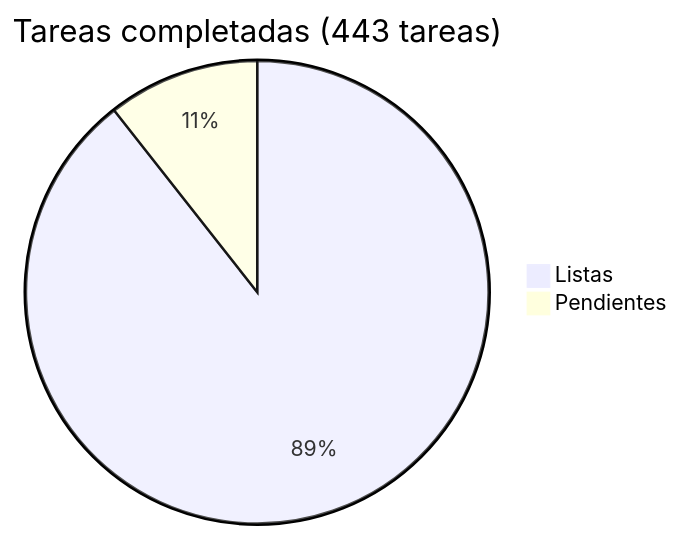
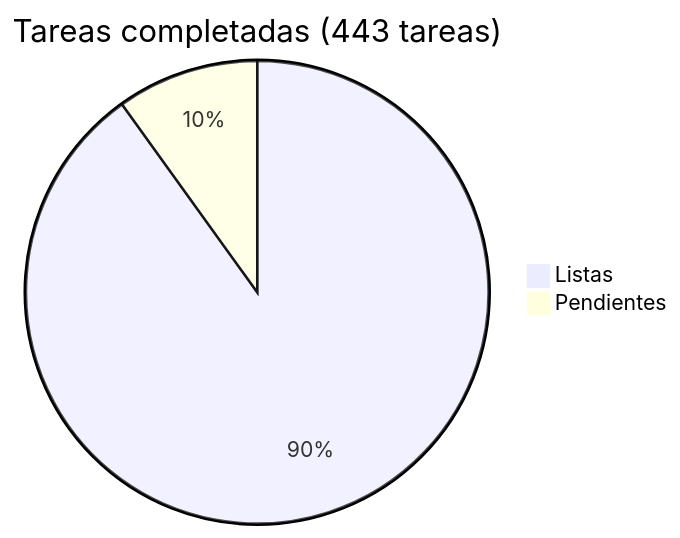
One commit to araguaney-lat/araguaney changed the diagram in docs/roadmap/README.md. Above: the diagram before and after it, drawn with Mermaid. The commit also changed other lines of this file and 15 other files, not shown here.

````diff
--- a/docs/roadmap/README.md
+++ b/docs/roadmap/README.md
@@ -5,5 +5,5 @@
 ```mermaid
 pie title Tareas completadas (443 tareas)
-    "Listas" : 396
-    "Pendientes" : 47
+    "Listas" : 399
+    "Pendientes" : 44
 ```
````
